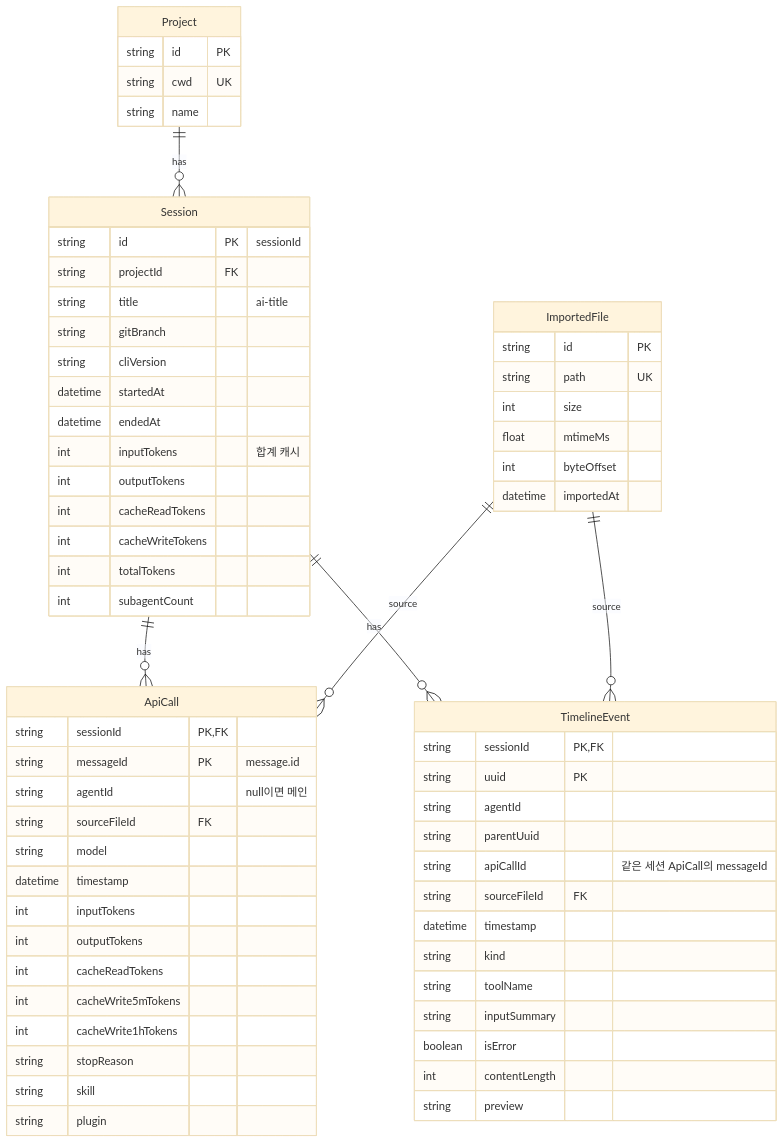
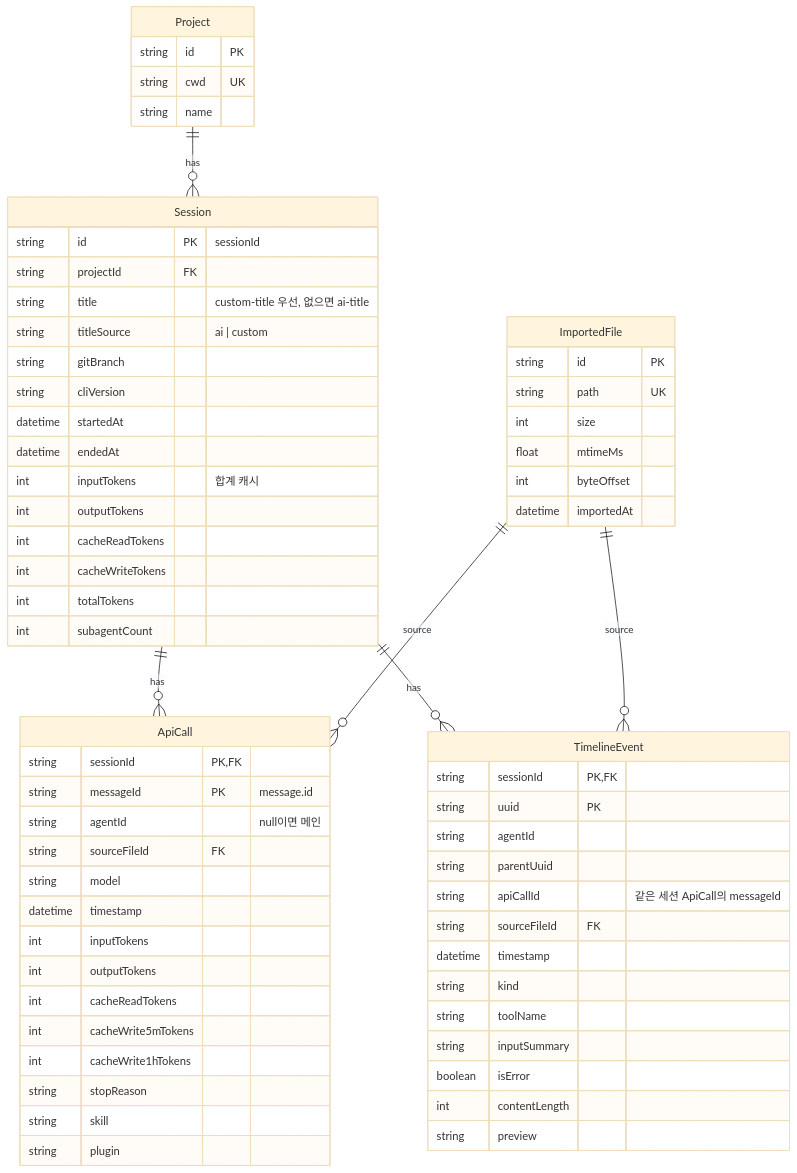
Before and after one commit to chano96-p/tokentrail: the second of 3 diagrams in docs/specs/2026-10-12-session-dashboard-design.md, drawn with Mermaid (base theme). The commit also changed other lines of this file and 2 other files, not shown here.

Commit message:
docs: Task 5 진행 방식과 제목 규칙 반영
- importFile과 custom-title 처리는 Claude가 구현하도록 실행 방식 예외 추가
- 제목은 custom-title 우선, ai-title은 custom을 덮어쓰지 않는 규칙 기록
- importer 처리 순서를 실제 구현(IN 조회 + createMany, 세션 없을 때 offset 유지)에 맞춤

````diff
--- a/docs/specs/2026-10-12-session-dashboard-design.md
+++ b/docs/specs/2026-10-12-session-dashboard-design.md
@@ -105,67 +105,68 @@
 ```mermaid
 erDiagram
   Project ||--o{ Session : has
   Session ||--o{ ApiCall : has
   Session ||--o{ TimelineEvent : has
   ImportedFile ||--o{ ApiCall : source
   ImportedFile ||--o{ TimelineEvent : source
   Project {
     string id PK
     string cwd UK
     string name
   }
   Session {
     string id PK "sessionId"
     string projectId FK
-    string title "ai-title"
+    string title "custom-title 우선, 없으면 ai-title"
+    string titleSource "ai | custom"
     string gitBranch
     string cliVersion
     datetime startedAt
     datetime endedAt
     int inputTokens "합계 캐시"
     int outputTokens
     int cacheReadTokens
     int cacheWriteTokens
     int totalTokens
     int subagentCount
   }
   ApiCall {
     string sessionId PK, FK
     string messageId PK "message.id"
     string agentId "null이면 메인"
     string sourceFileId FK
     string model
     datetime timestamp
     int inputTokens
     int outputTokens
     int cacheReadTokens
     int cacheWrite5mTokens
     int cacheWrite1hTokens
     string stopReason
     string skill
     string plugin
   }
   TimelineEvent {
     string sessionId PK, FK
     string uuid PK
     string agentId
     string parentUuid
     string apiCallId "같은 세션 ApiCall의 messageId"
     string sourceFileId FK
     datetime timestamp
     string kind
     string toolName
     string inputSummary
     boolean isError
     int contentLength
     string preview
   }
   ImportedFile {
     string id PK
     string path UK
     int size
     float mtimeMs
     int byteOffset
     datetime importedAt
   }
 ```
````
